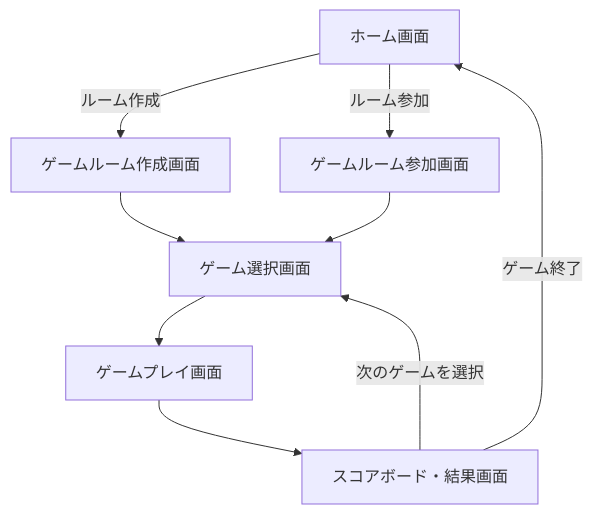
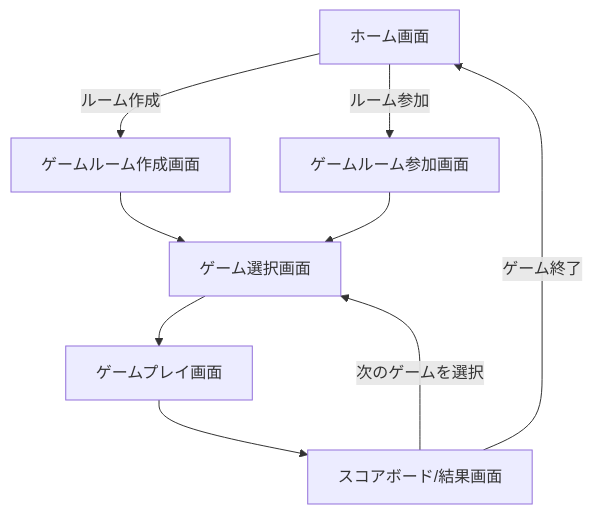
One commit to masaki-shinkawa-adglobe/umigame-soup-mind-cafe changed the diagram in README.md. Above: the diagram before and after it, drawn with Mermaid.

````diff
--- a/README.md
+++ b/README.md
@@ -4,11 +4,11 @@
 ```mermaid
 graph TD
     A[ホーム画面] -->|ルーム作成| B[ゲームルーム作成画面]
     A -->|ルーム参加| C[ゲームルーム参加画面]
     B --> D[ゲーム選択画面]
     C --> D
     D --> E[ゲームプレイ画面]
-    E --> F[スコアボード・結果画面]
+    E --> F[スコアボード/結果画面]
     F -->|次のゲームを選択| D
     F -->|ゲーム終了| A
 ```
````
